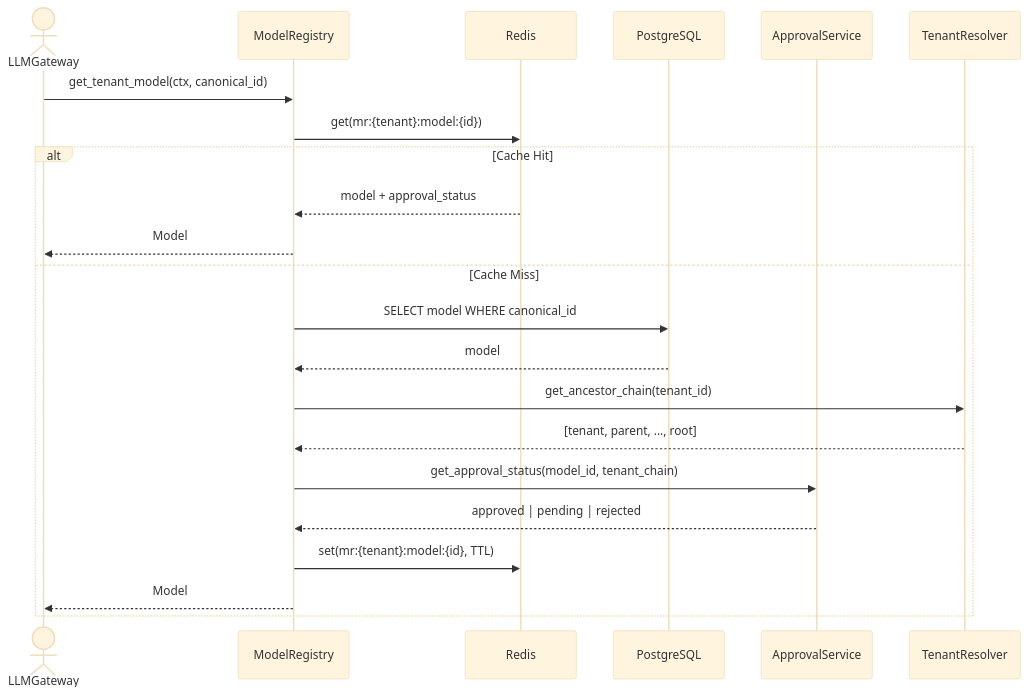
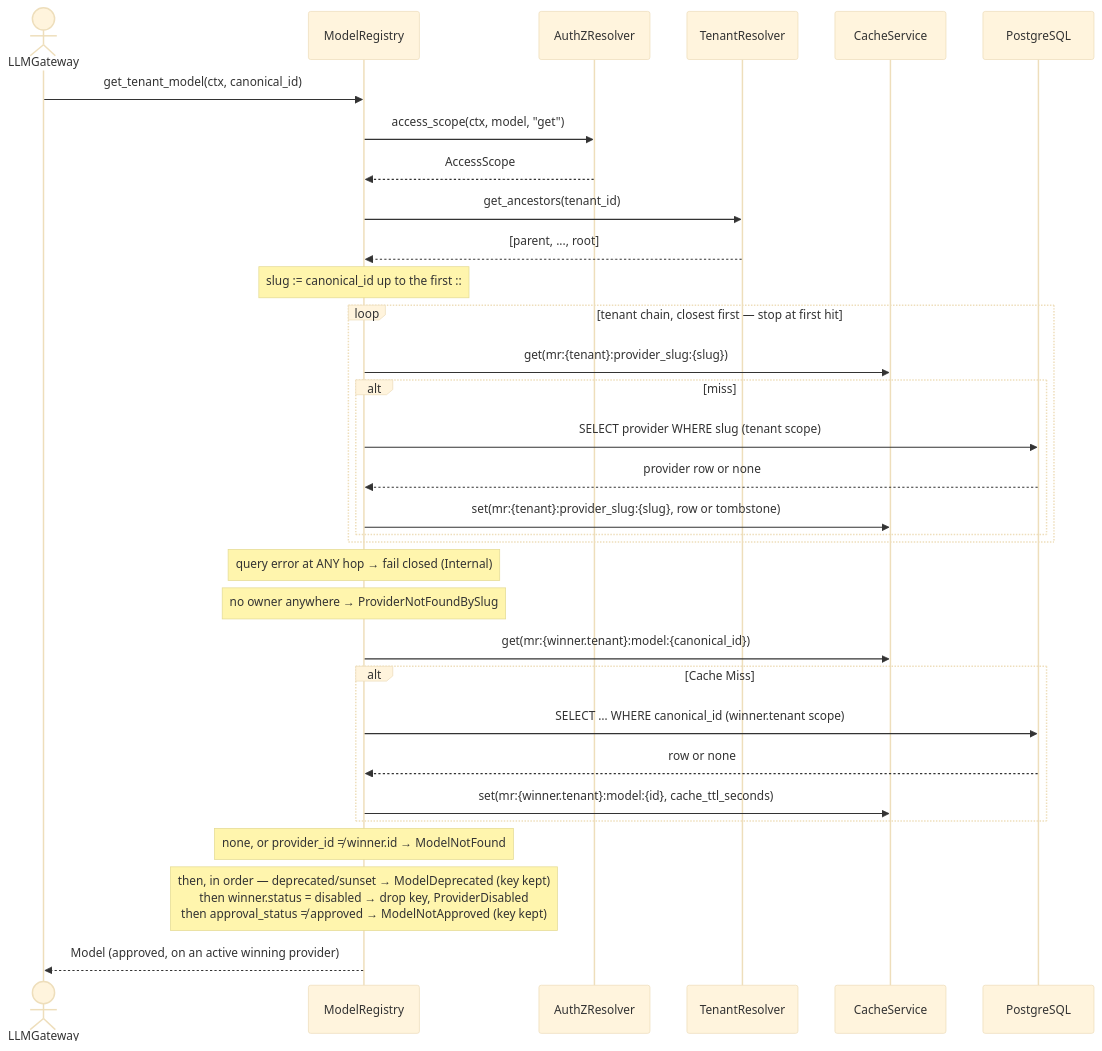
Before and after one commit to constructorfabric/gears-rust: the third of 9 diagrams in gears/model-registry/docs/DESIGN.md, drawn with Mermaid (base theme). The commit also changed other lines of this file and 2 other files, not shown here.

Commit message:
docs(model-registry): Update PRD and DESIGN docs

````diff
--- a/gears/model-registry/docs/DESIGN.md
+++ b/gears/model-registry/docs/DESIGN.md
@@ -718,25 +976,38 @@
 ```mermaid
 sequenceDiagram
     actor LLMGateway
     participant MR as ModelRegistry
-    participant Cache as Redis
+    participant PDP as AuthZResolver
+    participant Tenant as TenantResolver
+    participant Cache as CacheService
     participant DB as PostgreSQL
-    participant Approval as ApprovalService
-    participant Tenant as TenantResolver
 
     LLMGateway->>MR: get_tenant_model(ctx, canonical_id)
-    MR->>Cache: get(mr:{tenant}:model:{id})
-    alt Cache Hit
-        Cache-->>MR: model + approval_status
-        MR-->>LLMGateway: Model
-    else Cache Miss
-        MR->>DB: SELECT model WHERE canonical_id
-        DB-->>MR: model
-        MR->>Tenant: get_ancestor_chain(tenant_id)
-        Tenant-->>MR: [tenant, parent, ..., root]
-        MR->>Approval: get_approval_status(model_id, tenant_chain)
-        Approval-->>MR: approved | pending | rejected
-        MR->>Cache: set(mr:{tenant}:model:{id}, TTL)
-        MR-->>LLMGateway: Model
+    MR->>PDP: access_scope(ctx, model, "get")
+    PDP-->>MR: AccessScope
+    MR->>Tenant: get_ancestors(tenant_id)
+    Tenant-->>MR: [parent, ..., root]
+
+    note over MR: slug := canonical_id up to the first ::
+
+    loop tenant chain, closest first — stop at first hit
+        MR->>Cache: get(mr:{tenant}:provider_slug:{slug})
+        alt miss
+            MR->>DB: SELECT provider WHERE slug (tenant scope)
+            DB-->>MR: provider row or none
+            MR->>Cache: set(mr:{tenant}:provider_slug:{slug}, row or tombstone)
+        end
     end
+    note over MR: query error at ANY hop → fail closed (Internal)
+    note over MR: no owner anywhere → ProviderNotFoundBySlug
+
+    MR->>Cache: get(mr:{winner.tenant}:model:{canonical_id})
+    alt Cache Miss
+        MR->>DB: SELECT … WHERE canonical_id (winner.tenant scope)
+        DB-->>MR: row or none
+        MR->>Cache: set(mr:{winner.tenant}:model:{id}, cache_ttl_seconds)
+    end
+    note over MR: none, or provider_id ≠ winner.id → ModelNotFound
+    note over MR: then, in order — deprecated/sunset → ModelDeprecated (key kept)<br/>then winner.status = disabled → drop key, ProviderDisabled<br/>then approval_status ≠ approved → ModelNotApproved (key kept)
+    MR-->>LLMGateway: Model (approved, on an active winning provider)
 ```
````
